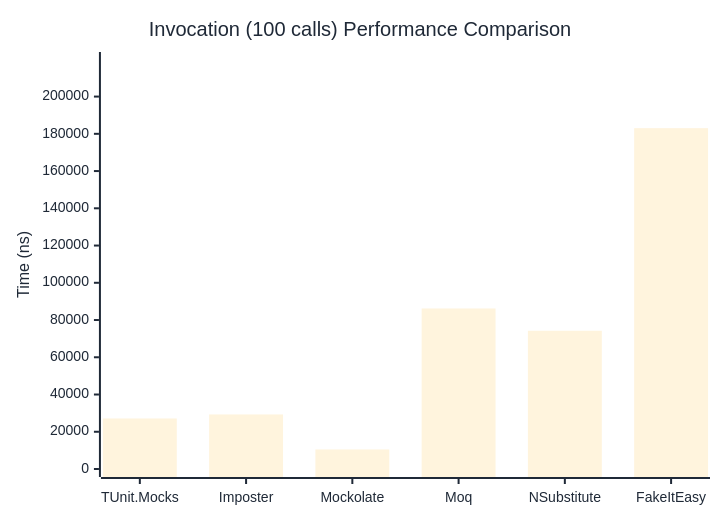
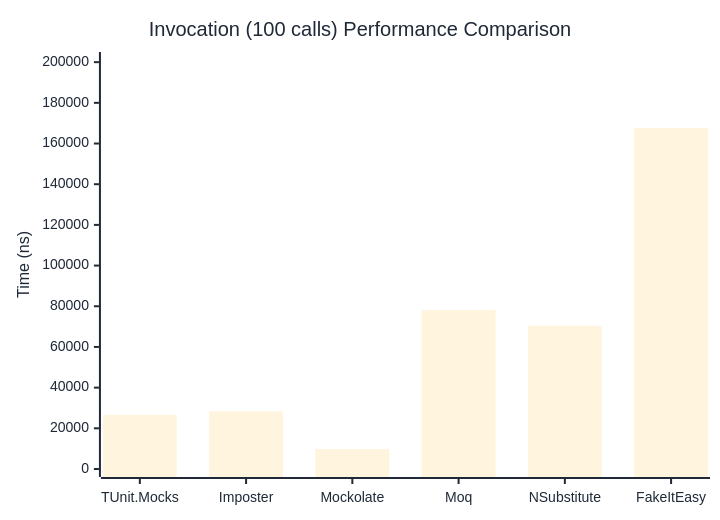
Before and after one commit to thomhurst/TUnit: the third of 3 diagrams in docs/docs/benchmarks/mocks/Invocation.md, drawn with Mermaid. The commit also changed other lines of this file and 14 other files, not shown here.

````diff
--- a/docs/docs/benchmarks/mocks/Invocation.md
+++ b/docs/docs/benchmarks/mocks/Invocation.md
@@ -112,27 +112,27 @@
 ```mermaid
 %%{init: {
   'theme':'base',
   'themeVariables': {
     'primaryColor': '#2563eb',
     'primaryTextColor': '#1f2937',
     'primaryBorderColor': '#1e40af',
     'lineColor': '#6b7280',
     'secondaryColor': '#7c3aed',
     'tertiaryColor': '#dc2626',
     'background': '#ffffff',
     'pie1': '#2563eb',
     'pie2': '#7c3aed',
     'pie3': '#dc2626',
     'pie4': '#f59e0b',
     'pie5': '#10b981',
     'pie6': '#06b6d4',
     'pie7': '#ec4899',
     'pie8': '#6366f1'
   }
 }}%%
 xychart-beta
   title "Invocation (100 calls) Performance Comparison"
   x-axis ["TUnit.Mocks", "Imposter", "Mockolate", "Moq", "NSubstitute", "FakeItEasy"]
-  y-axis "Time (ns)" 0 --> 219642
-  bar [27128.48, 29301.52, 10497.08, 86211.47, 74233.13, 183034.66]
+  y-axis "Time (ns)" 0 --> 201059
+  bar [26628.19, 28306.83, 9770.83, 78136.61, 70390.27, 167548.56]
 ```
````
